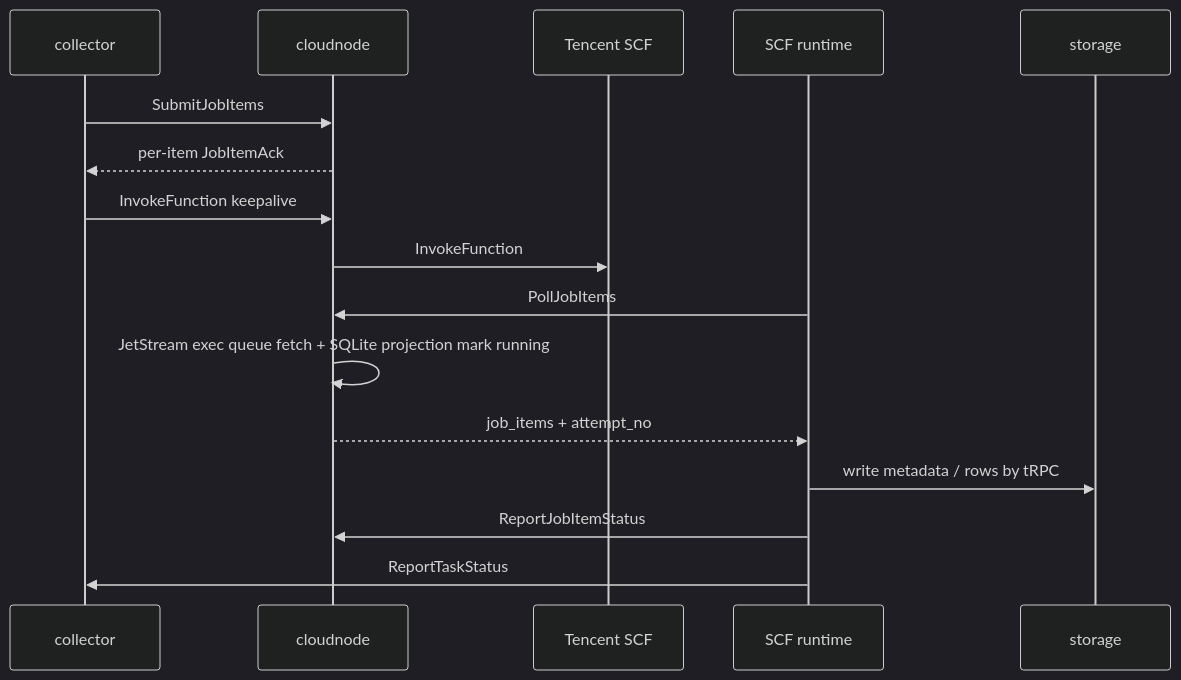
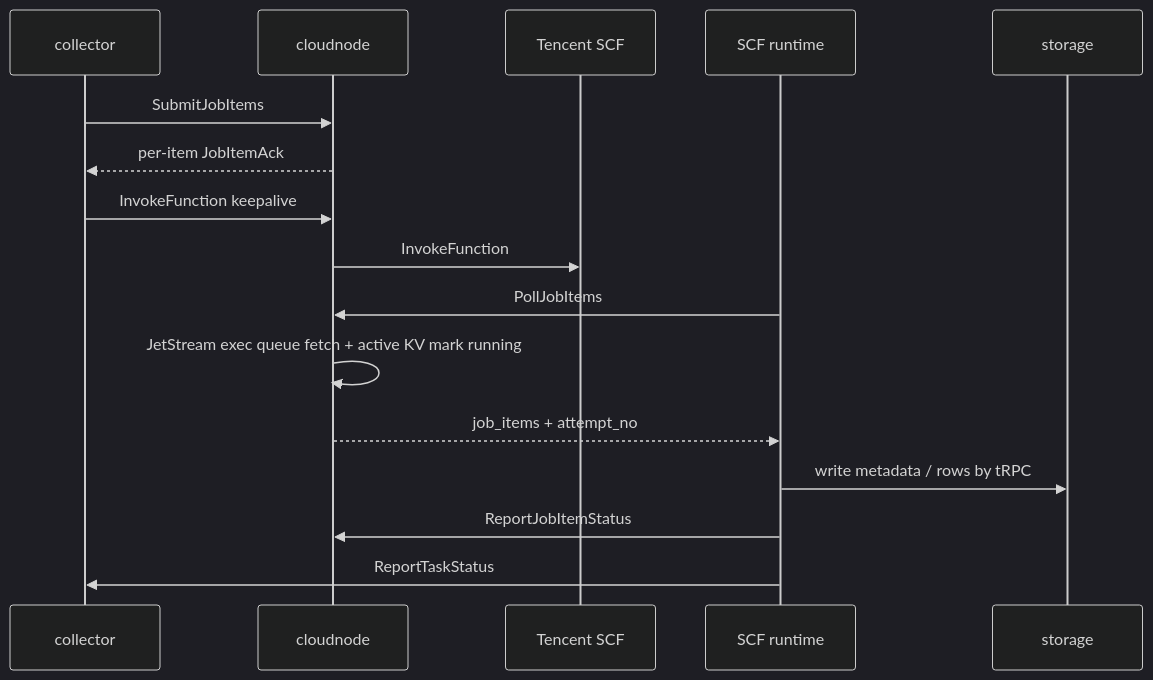
Before and after one commit to mooyang-code/moox: the second of 2 diagrams in docs/云节点执行平台架构.md, drawn with Mermaid (dark theme). The commit also changed other lines of this file and 50 other files, not shown here.

````diff
--- a/docs/云节点执行平台架构.md
+++ b/docs/云节点执行平台架构.md
@@ -115,19 +119,19 @@
 ```mermaid
 sequenceDiagram
   participant Collector as collector
   participant CloudNode as cloudnode
   participant TencentSCF as Tencent SCF
   participant Runtime as SCF runtime
   participant Storage as storage
 
   Collector->>CloudNode: SubmitJobItems
   CloudNode-->>Collector: per-item JobItemAck
   Collector->>CloudNode: InvokeFunction keepalive
   CloudNode->>TencentSCF: InvokeFunction
   Runtime->>CloudNode: PollJobItems
-  CloudNode->>CloudNode: JetStream exec queue fetch + SQLite projection mark running
+  CloudNode->>CloudNode: JetStream exec queue fetch + active KV mark running
   CloudNode-->>Runtime: job_items + attempt_no
   Runtime->>Storage: write metadata / rows by tRPC
   Runtime->>CloudNode: ReportJobItemStatus
   Runtime->>Collector: ReportTaskStatus
 ```
````
